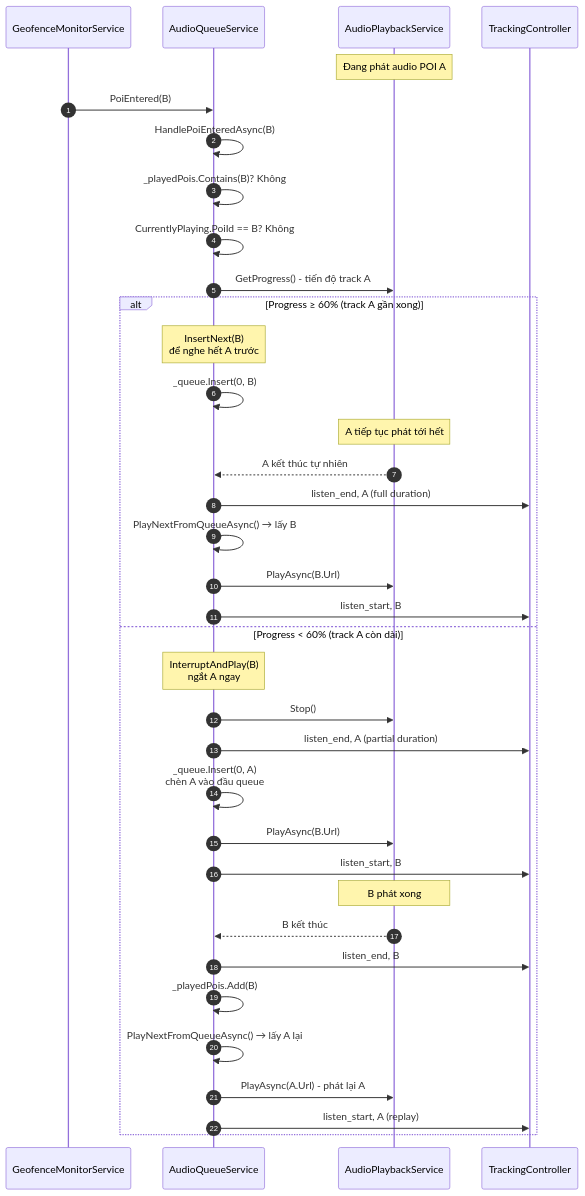
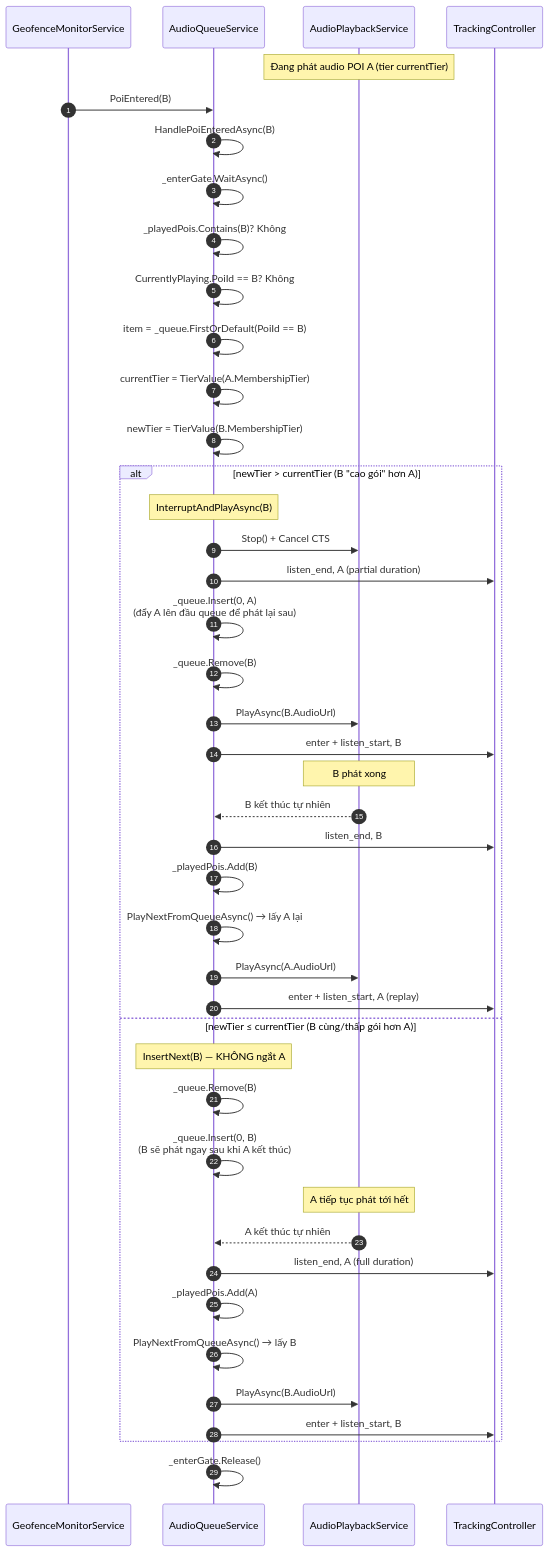
Before and after one commit to hoangvvu/VinhKhanhFoodTour: diagram 13 of 22 in PRD.md, drawn with Mermaid. The commit also changed other lines of this file and 61 other files, not shown here.

````diff
--- a/PRD.md
+++ b/PRD.md
@@ -789,41 +942,48 @@
 ```mermaid
 sequenceDiagram
     autonumber
     participant Geo as GeofenceMonitorService
     participant Q as AudioQueueService
     participant Play as AudioPlaybackService
     participant Track as TrackingController
 
-    Note over Play: Đang phát audio POI A
+    Note over Play: Đang phát audio POI A (tier currentTier)
     Geo->>Q: PoiEntered(B)
     Q->>Q: HandlePoiEnteredAsync(B)
+    Q->>Q: _enterGate.WaitAsync()
     Q->>Q: _playedPois.Contains(B)? Không
     Q->>Q: CurrentlyPlaying.PoiId == B? Không
-    Q->>Play: GetProgress() - tiến độ track A
+    Q->>Q: item = _queue.FirstOrDefault(PoiId == B)
+    Q->>Q: currentTier = TierValue(A.MembershipTier)
+    Q->>Q: newTier = TierValue(B.MembershipTier)
 
-    alt Progress ≥ 60% (track A gần xong)
-        Note over Q: InsertNext(B)<br/>để nghe hết A trước
-        Q->>Q: _queue.Insert(0, B)
+    alt newTier > currentTier (B "cao gói" hơn A)
+        Note over Q: InterruptAndPlayAsync(B)
+        Q->>Play: Stop() + Cancel CTS
+        Q->>Track: listen_end, A (partial duration)
+        Q->>Q: _queue.Insert(0, A)<br/>(đẩy A lên đầu queue để phát lại sau)
+        Q->>Q: _queue.Remove(B)
+        Q->>Play: PlayAsync(B.AudioUrl)
+        Q->>Track: enter + listen_start, B
+        Note over Play: B phát xong
+        Play-->>Q: B kết thúc tự nhiên
+        Q->>Track: listen_end, B
+        Q->>Q: _playedPois.Add(B)
+        Q->>Q: PlayNextFromQueueAsync() → lấy A lại
+        Q->>Play: PlayAsync(A.AudioUrl)
+        Q->>Track: enter + listen_start, A (replay)
+    else newTier ≤ currentTier (B cùng/thấp gói hơn A)
+        Note over Q: InsertNext(B) — KHÔNG ngắt A
+        Q->>Q: _queue.Remove(B)
+        Q->>Q: _queue.Insert(0, B)<br/>(B sẽ phát ngay sau khi A kết thúc)
         Note over Play: A tiếp tục phát tới hết
         Play-->>Q: A kết thúc tự nhiên
         Q->>Track: listen_end, A (full duration)
+        Q->>Q: _playedPois.Add(A)
         Q->>Q: PlayNextFromQueueAsync() → lấy B
-        Q->>Play: PlayAsync(B.Url)
-        Q->>Track: listen_start, B
-    else Progress < 60% (track A còn dài)
-        Note over Q: InterruptAndPlay(B)<br/>ngắt A ngay
-        Q->>Play: Stop()
-        Q->>Track: listen_end, A (partial duration)
-        Q->>Q: _queue.Insert(0, A)<br/>chèn A vào đầu queue
-        Q->>Play: PlayAsync(B.Url)
-        Q->>Track: listen_start, B
+        Q->>Play: PlayAsync(B.AudioUrl)
+        Q->>Track: enter + listen_start, B
+    end
 
-        Note over Play: B phát xong
-        Play-->>Q: B kết thúc
-        Q->>Track: listen_end, B
-        Q->>Q: _playedPois.Add(B)
-        Q->>Q: PlayNextFromQueueAsync() → lấy A lại
-        Q->>Play: PlayAsync(A.Url) - phát lại A
-        Q->>Track: listen_start, A (replay)
-    end
+    Q->>Q: _enterGate.Release()
 ```
````
